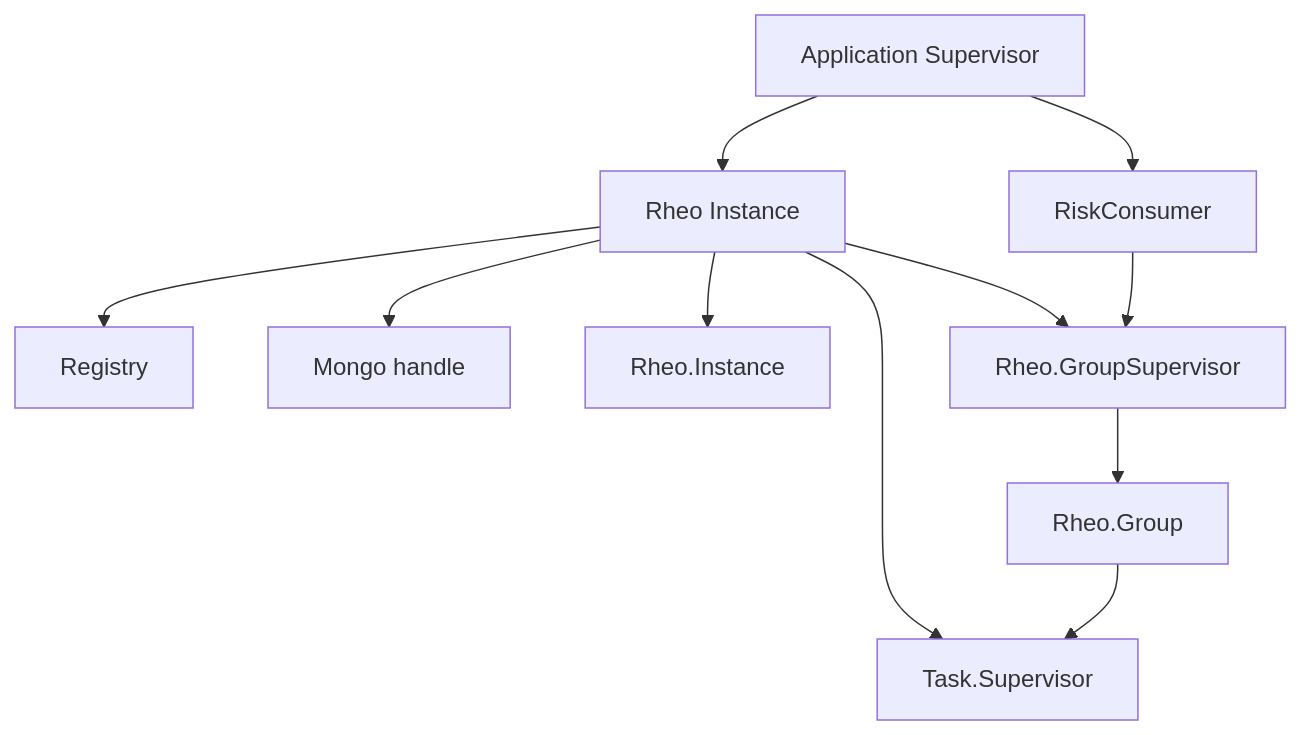
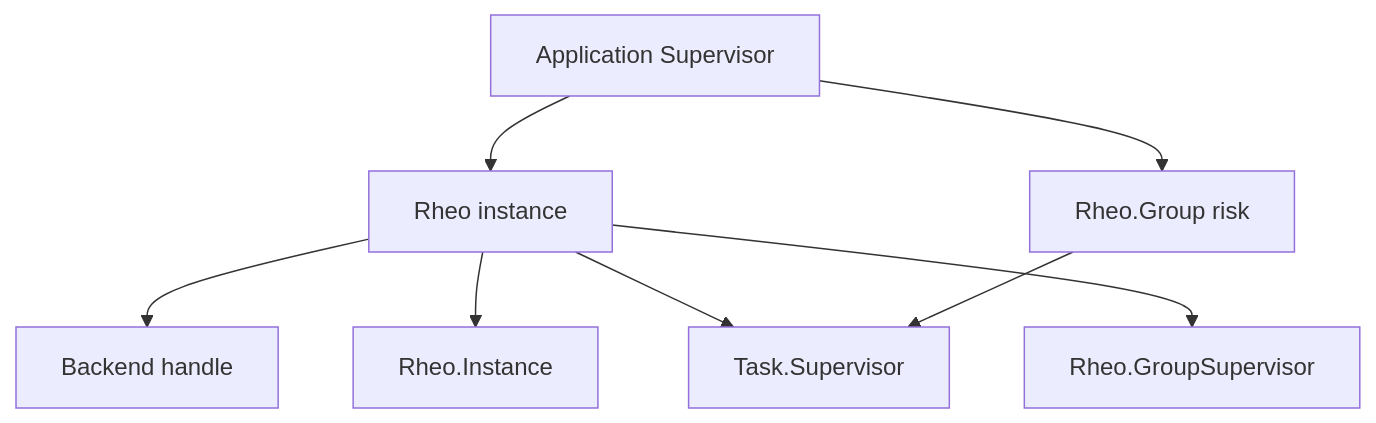
Before and after one commit to thanos/rheo: the second of 8 diagrams in docs/diagrams.md, drawn with Mermaid. The commit also changed other lines of this file and 102 other files, not shown here.

````diff
--- a/docs/diagrams.md
+++ b/docs/diagrams.md
@@ -28,14 +23,11 @@
 ```mermaid
 flowchart TB
   AppSup[Application Supervisor]
-  AppSup --> RheoInst[Rheo Instance]
-  AppSup --> C1[RiskConsumer]
-  RheoInst --> Reg[Registry]
-  RheoInst --> Mongo[Mongo handle]
+  AppSup --> RheoInst[Rheo instance]
+  AppSup --> G1[Rheo.Group risk]
+  RheoInst --> Backend[Backend handle]
   RheoInst --> Inst[Rheo.Instance]
   RheoInst --> Tasks[Task.Supervisor]
   RheoInst --> GS[Rheo.GroupSupervisor]
-  C1 --> GS
-  GS --> G1[Rheo.Group]
   G1 --> Tasks
 ```
````
